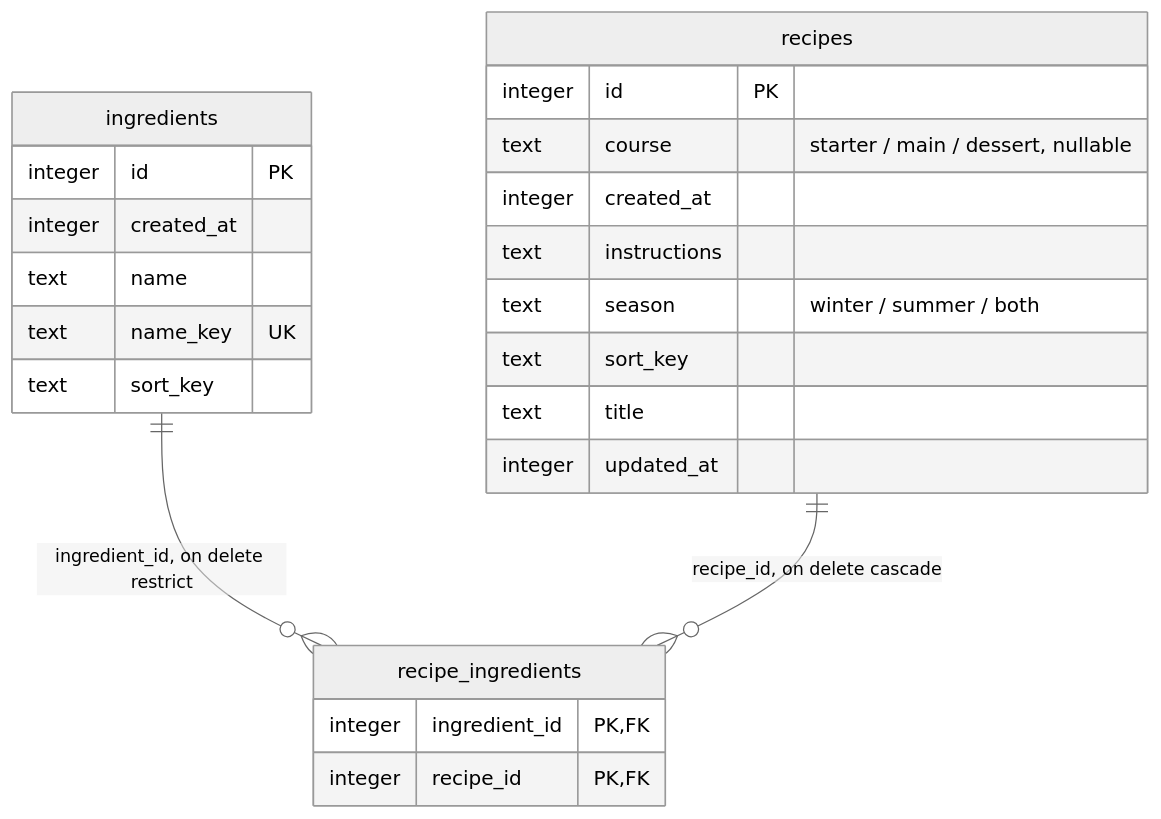
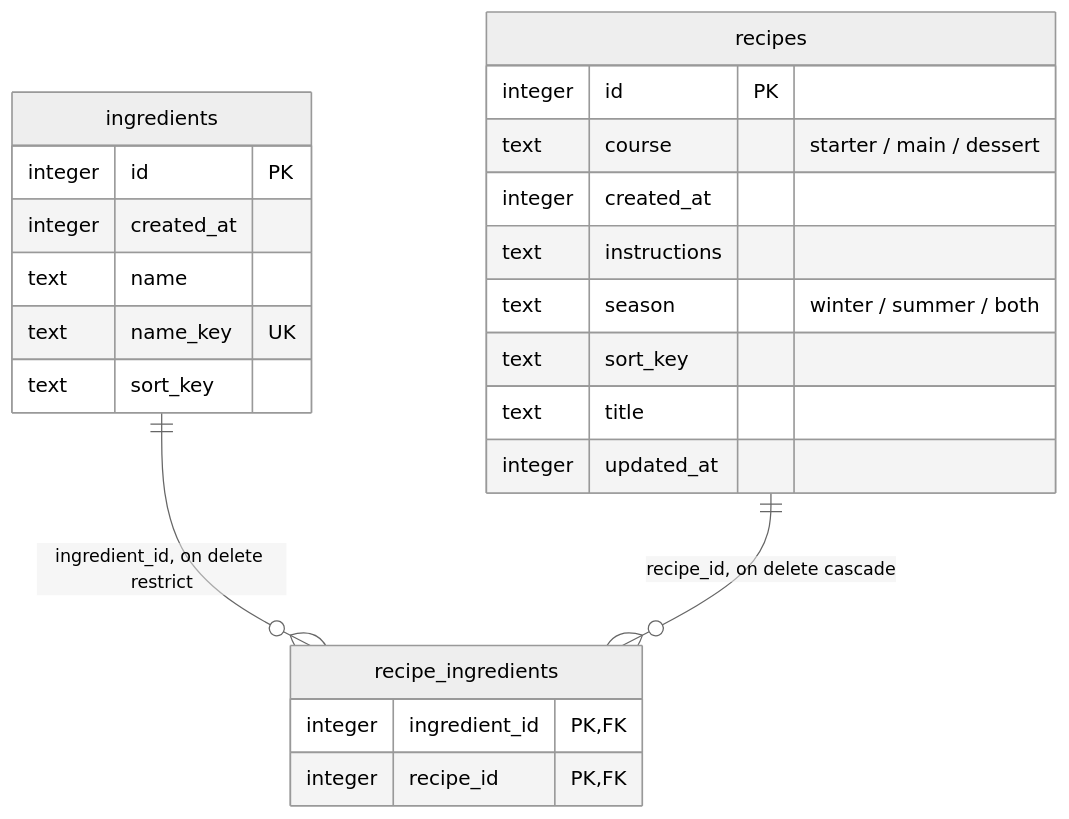
The diagram in docs/database.md (someoneinthe/dishes-cook), drawn with Mermaid (neutral theme) before and after one commit. The commit also changed other lines of this file and 43 other files, not shown here.

````diff
--- a/docs/database.md
+++ b/docs/database.md
@@ -10,26 +10,26 @@
 ```mermaid
 erDiagram
   ingredients {
     integer id PK
     integer created_at
     text name
     text name_key UK
     text sort_key
   }
   recipe_ingredients {
     integer ingredient_id PK, FK
     integer recipe_id PK, FK
   }
   recipes {
     integer id PK
-    text course "starter / main / dessert, nullable"
+    text course "starter / main / dessert"
     integer created_at
     text instructions
     text season "winter / summer / both"
     text sort_key
     text title
     integer updated_at
   }
   ingredients ||--o{ recipe_ingredients : "ingredient_id, on delete restrict"
   recipes ||--o{ recipe_ingredients : "recipe_id, on delete cascade"
 ```
````
